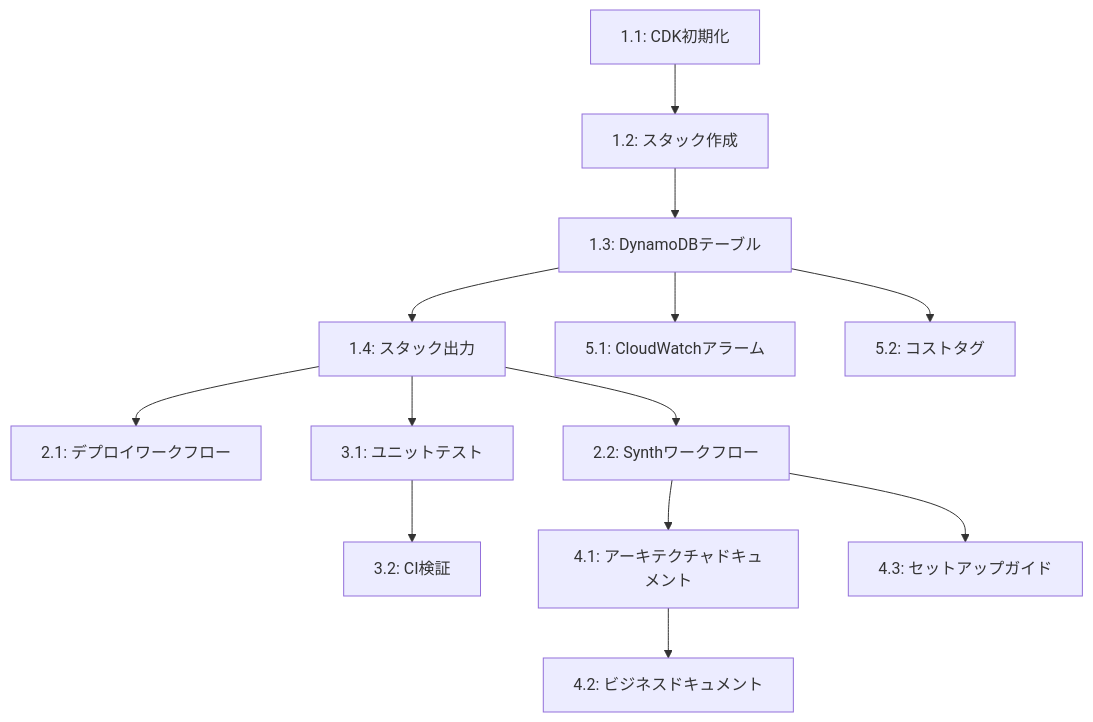
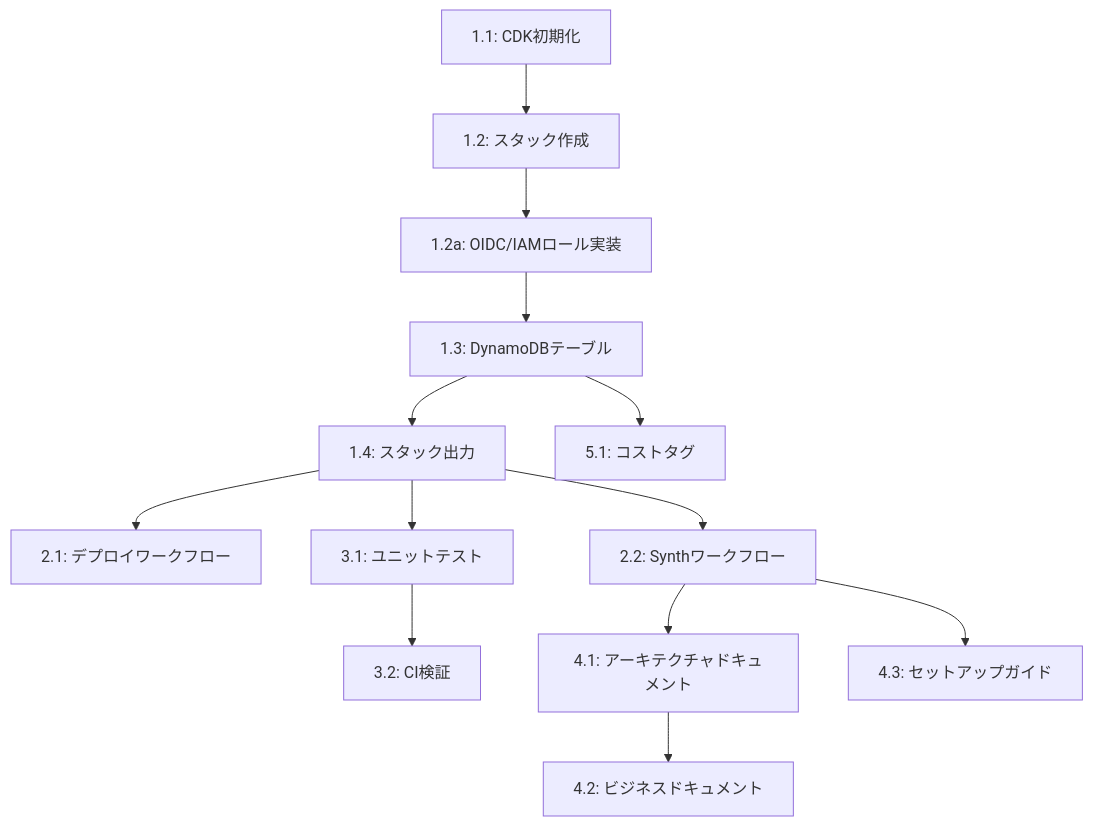
Before and after one commit to goataka/attendance-kit: the diagram in specs/1-aws-clock-table-cicd/tasks.md, drawn with Mermaid. The commit also changed other lines of this file and 7 other files, not shown here.

````diff
--- a/specs/1-aws-clock-table-cicd/tasks.md
+++ b/specs/1-aws-clock-table-cicd/tasks.md
@@ -306,15 +312,15 @@
 ```mermaid
 graph TD
     T1.1[1.1: CDK初期化] --> T1.2[1.2: スタック作成]
-    T1.2 --> T1.3[1.3: DynamoDBテーブル]
+    T1.2 --> T1.2a[1.2a: OIDC/IAMロール実装]
+    T1.2a --> T1.3[1.3: DynamoDBテーブル]
     T1.3 --> T1.4[1.4: スタック出力]
     T1.4 --> T2.1[2.1: デプロイワークフロー]
     T1.4 --> T2.2[2.2: Synthワークフロー]
     T1.4 --> T3.1[3.1: ユニットテスト]
     T3.1 --> T3.2[3.2: CI検証]
     T2.2 --> T4.1[4.1: アーキテクチャドキュメント]
     T4.1 --> T4.2[4.2: ビジネスドキュメント]
     T2.2 --> T4.3[4.3: セットアップガイド]
-    T1.3 --> T5.1[5.1: CloudWatchアラーム]
-    T1.3 --> T5.2[5.2: コストタグ]
+    T1.3 --> T5.1[5.1: コストタグ]
 ```
````
